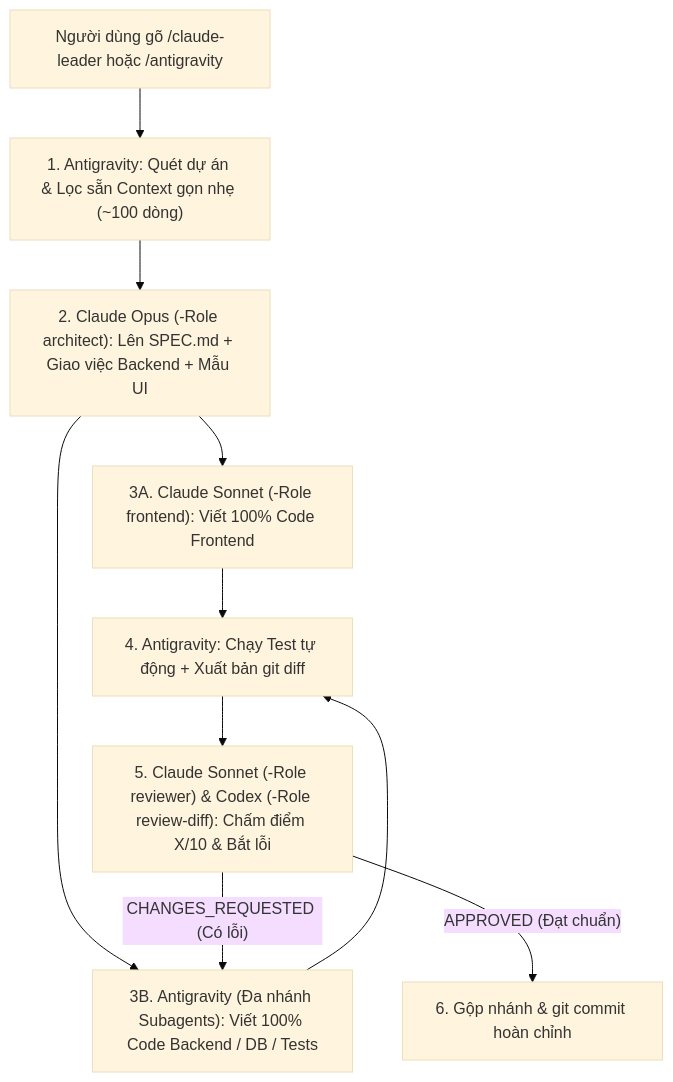
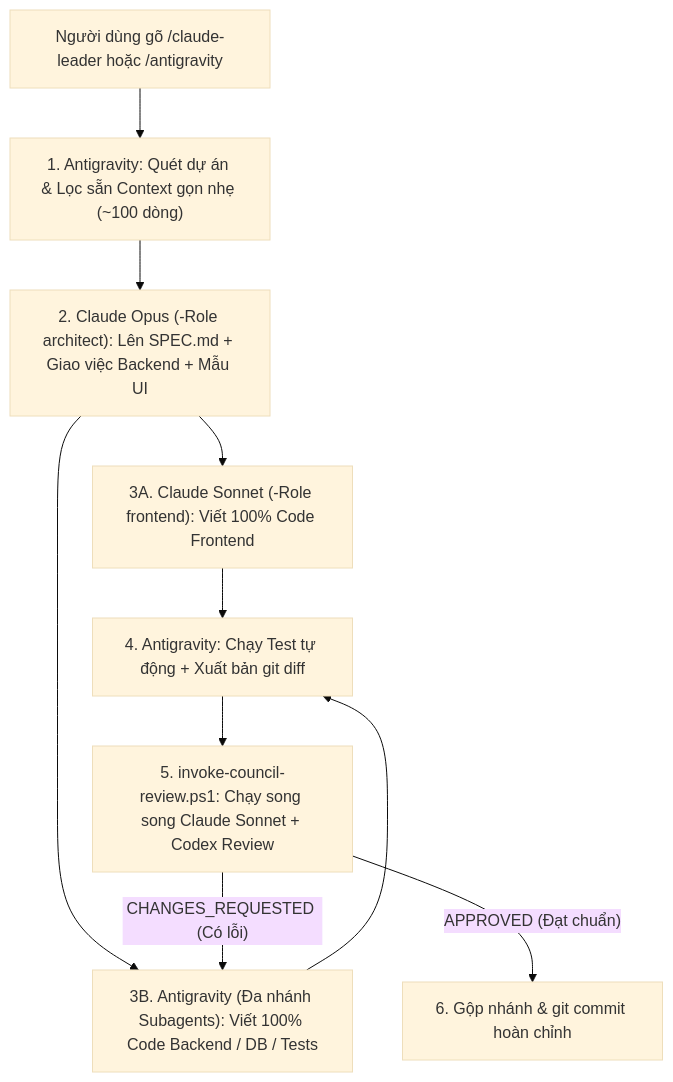
The second of 2 diagrams in README.md (baoanhtsp/multi-ai-workflow), drawn with Mermaid (base theme) before and after one commit. The commit also changed other lines of this file and 5 other files, not shown here.

````diff
--- a/README.md
+++ b/README.md
@@ -34,12 +41,12 @@
 ```mermaid
 flowchart TD
     User["Người dùng gõ /claude-leader hoặc /antigravity"] --> Filter["1. Antigravity: Quét dự án & Lọc sẵn Context gọn nhẹ (~100 dòng)"]
     Filter --> Opus["2. Claude Opus (-Role architect): Lên SPEC.md + Giao việc Backend + Mẫu UI"]
     Opus --> SonnetFE["3A. Claude Sonnet (-Role frontend): Viết 100% Code Frontend"]
     Opus --> AgyBE["3B. Antigravity (Đa nhánh Subagents): Viết 100% Code Backend / DB / Tests"]
     SonnetFE --> Diff["4. Antigravity: Chạy Test tự động + Xuất bản git diff"]
     AgyBE --> Diff
-    Diff --> Review["5. Claude Sonnet (-Role reviewer) & Codex (-Role review-diff): Chấm điểm X/10 & Bắt lỗi"]
+    Diff --> Review["5. invoke-council-review.ps1: Chạy song song Claude Sonnet + Codex Review"]
     Review -- "CHANGES_REQUESTED (Có lỗi)" --> AgyBE
     Review -- "APPROVED (Đạt chuẩn)" --> Commit["6. Gộp nhánh & git commit hoàn chỉnh"]
 ```
````
